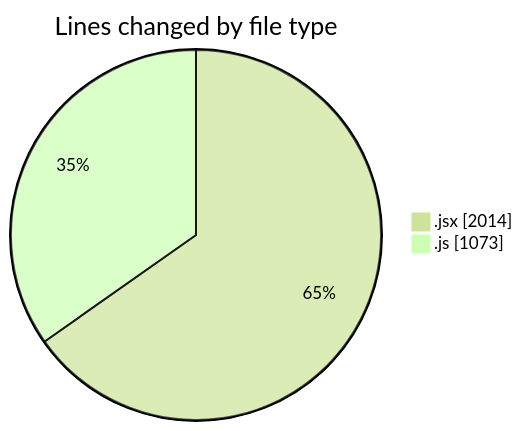
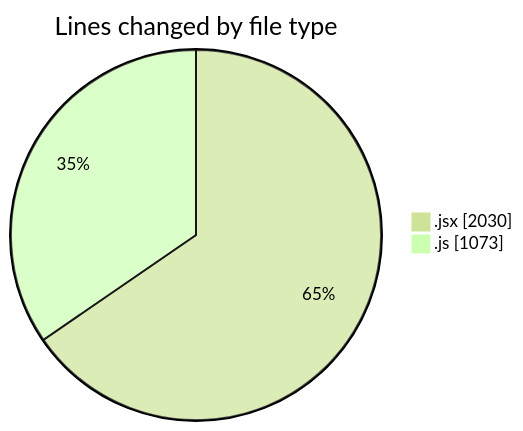
The first of 2 diagrams in 2025-06-04/nxtqube_webapp/README.md (nxtqubesakshisongat/code-tracking), drawn with Mermaid (forest theme) before and after one commit. The commit also changed other lines of this file and 1 other file, not shown here.

````diff
--- a/2025-06-04/nxtqube_webapp/README.md
+++ b/2025-06-04/nxtqube_webapp/README.md
@@ -26,6 +26,6 @@
 ```mermaid
 pie showData
 title Lines changed by file type
-".jsx" : 2014
+".jsx" : 2030
 ".js" : 1073
 ```
````
